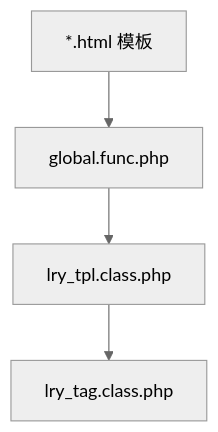
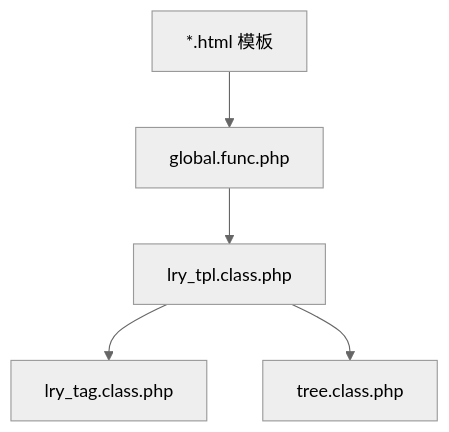
Before and after one commit to lirongyaoper/lryblog.com: the seventh of 7 diagrams in .qoder/repowiki/zh/content/核心框架组件/模板引擎/模板解析机制.md, drawn with Mermaid (neutral theme). The commit also changed other lines of this file and 2 other files, not shown here.

````diff
--- a/.qoder/repowiki/zh/content/核心框架组件/模板引擎/模板解析机制.md
+++ b/.qoder/repowiki/zh/content/核心框架组件/模板引擎/模板解析机制.md
@@ -248,10 +294,12 @@
 ```mermaid
 graph TB
 LRY_TPL["lry_tpl.class.php"]
 LRY_TAG["lry_tag.class.php"]
+TREE["tree.class.php"]
 GLOBAL_FUNC["global.func.php"]
 TPL_FILE["*.html 模板"]
 TPL_FILE --> GLOBAL_FUNC
 GLOBAL_FUNC --> LRY_TPL
 LRY_TPL --> LRY_TAG
+LRY_TPL --> TREE
 ```
````
